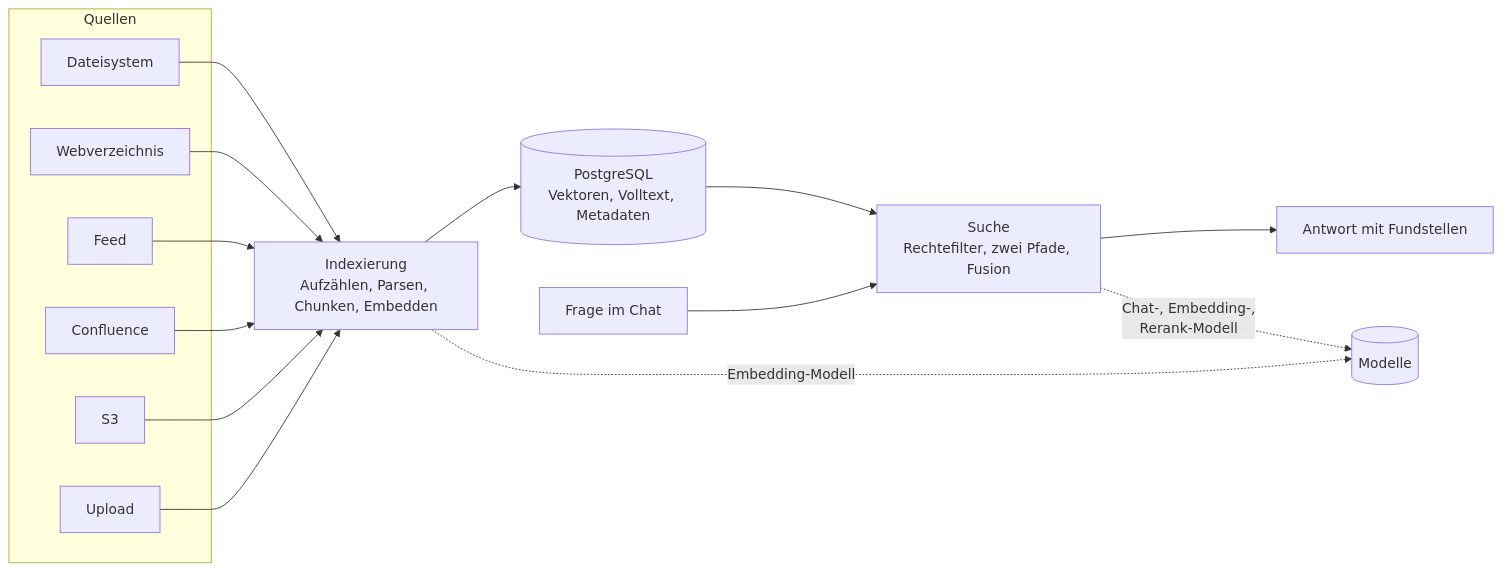
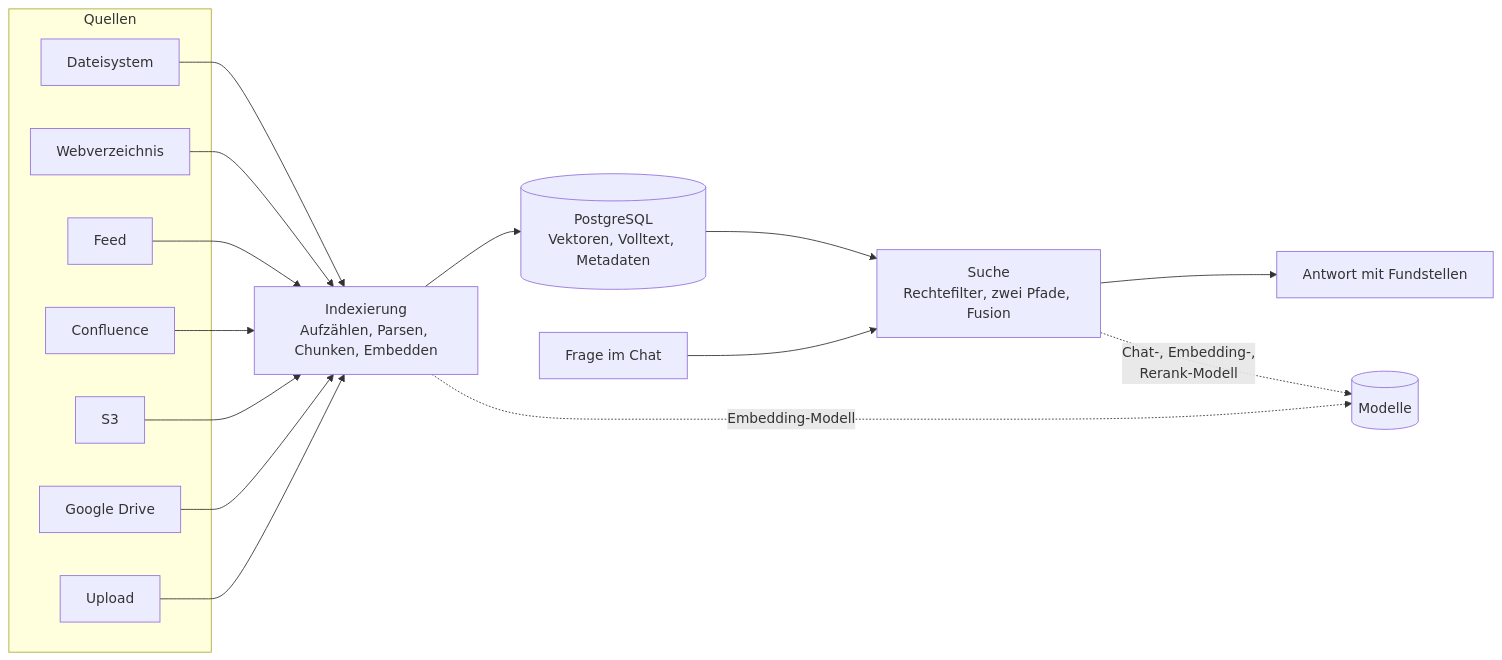
The diagram in docs/handbuch/README.md (criew/opaa), drawn with Mermaid before and after one commit. The commit also changed other lines of this file and 17 other files, not shown here.

Commit message:
wip: Google-Drive-Formular

````diff
--- a/docs/handbuch/README.md
+++ b/docs/handbuch/README.md
@@ -24,23 +24,25 @@
 ```mermaid
 flowchart LR
     subgraph Quellen
         Q1[Dateisystem]
         Q2[Webverzeichnis]
         Q3[Feed]
         Q4[Confluence]
         Q5[S3]
+        Q7[Google Drive]
         Q6[Upload]
     end
     Q1 --> I[Indexierung<br/>Aufzählen, Parsen, Chunken, Embedden]
     Q2 --> I
     Q3 --> I
     Q4 --> I
     Q5 --> I
+    Q7 --> I
     Q6 --> I
     I --> DB[(PostgreSQL<br/>Vektoren, Volltext, Metadaten)]
     DB --> S[Suche<br/>Rechtefilter, zwei Pfade, Fusion]
     F[Frage im Chat] --> S
     S --> A[Antwort mit Fundstellen]
     I -. Embedding-Modell .-> M[(Modelle)]
     S -. Chat-, Embedding-,<br/>Rerank-Modell .-> M
 ```
````
